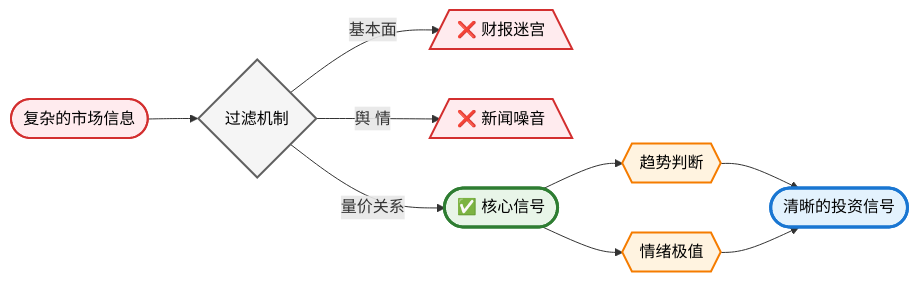
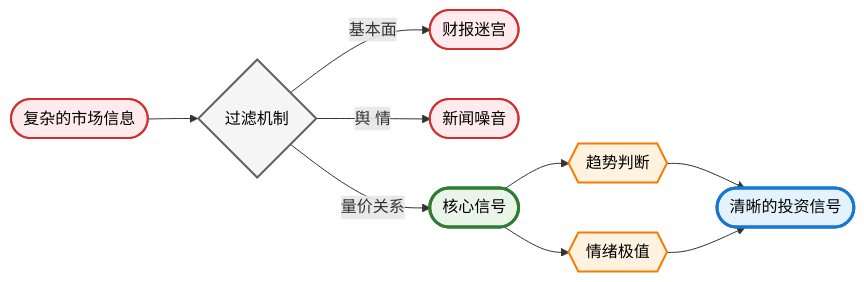
Before and after one commit to jerlinn/PulseTrader: the third of 3 diagrams in Readme.md, drawn with Mermaid. The commit also changed other lines of this file and 4 other files, not shown here.

````diff
--- a/Readme.md
+++ b/Readme.md
@@ -184,38 +207,38 @@
 ```mermaid
 graph LR
     %% 输入层 - 圆角矩形表示复杂信息
     COMPLEX([复杂的市场信息]) --> FILTER{过滤机制}
     
     %% 过滤分支 - 菱形决策节点
-    FILTER --> |基本面| NOISE1[/❌ 财报迷宫\]
-    FILTER --> |舆  情| NOISE2[/❌ 新闻噪音\] 
-    FILTER --> |量价关系| CORE([✅ 核心信号])
+    FILTER --> |基本面| NOISE1([财报迷宫])
+    FILTER --> |舆  情| NOISE2([新闻噪音])
+    FILTER --> |量价关系| CORE([核心信号])
     
     %% 核心分析层 - 六边形表示处理引擎
     CORE --> TREND{{趋势判断}}
     CORE --> RSI_DIV{{情绪极值}}
     
     %% 输出层 - 圆角矩形表示最终结果
     TREND --> SIGNAL([清晰的投资信号])
     RSI_DIV --> SIGNAL
     
     %% 噪音信息样式 - 红色系，表示要过滤的信息
     classDef noiseLayer fill:#ffebee,stroke:#d32f2f,stroke-width:2px,color:#000
     class COMPLEX,NOISE1,NOISE2 noiseLayer
     
     %% 过滤决策样式 - 灰色系
     classDef filterLayer fill:#f5f5f5,stroke:#616161,stroke-width:2px,color:#000
     class FILTER filterLayer
     
     %% 核心信号样式 - 绿色系，表示有价值的信息
     classDef coreLayer fill:#e8f5e8,stroke:#2e7d32,stroke-width:3px,color:#000
     class CORE coreLayer
     
     %% 分析引擎样式 - 橙色系
     classDef engineLayer fill:#fff3e0,stroke:#f57c00,stroke-width:2px,color:#000
     class TREND,RSI_DIV engineLayer
     
     %% 最终输出样式 - 蓝色系，加粗表示重要性
     classDef outputLayer fill:#e3f2fd,stroke:#1976d2,stroke-width:3px,color:#000
     class SIGNAL outputLayer
 ```
````
